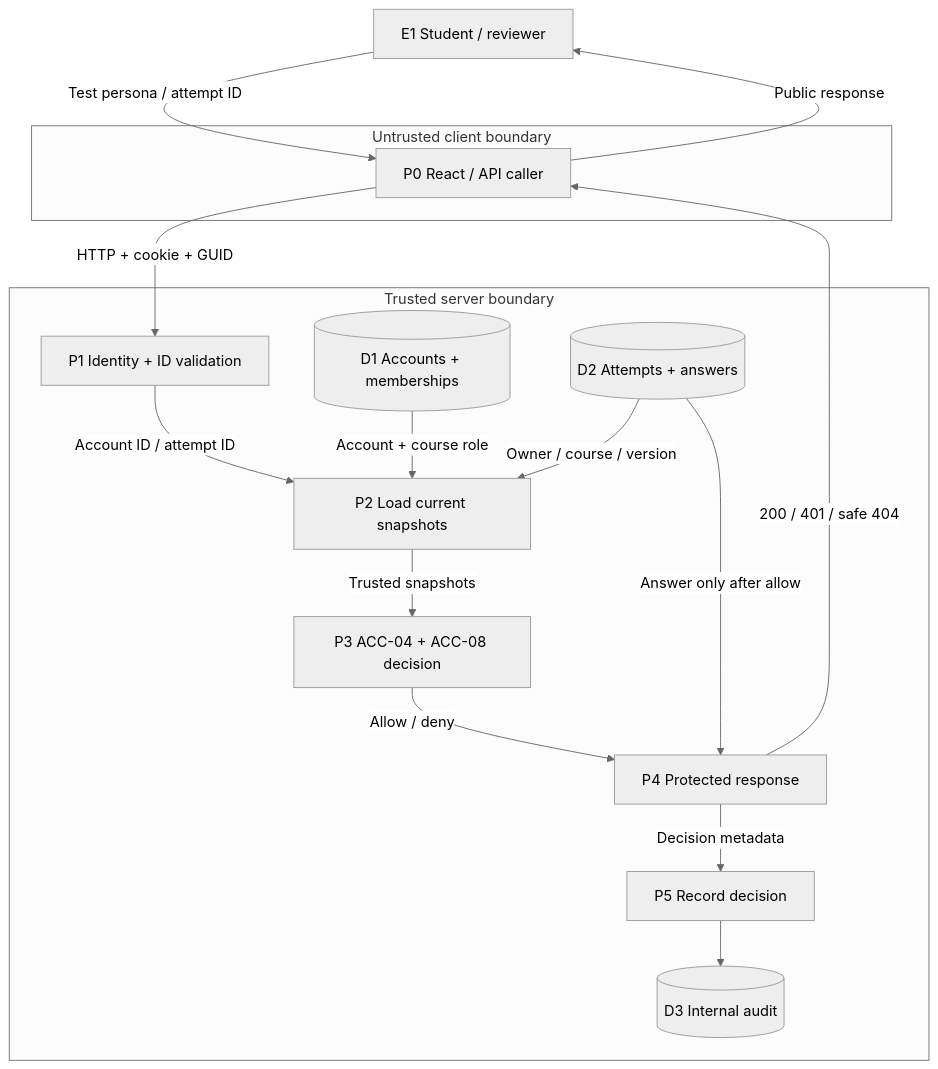
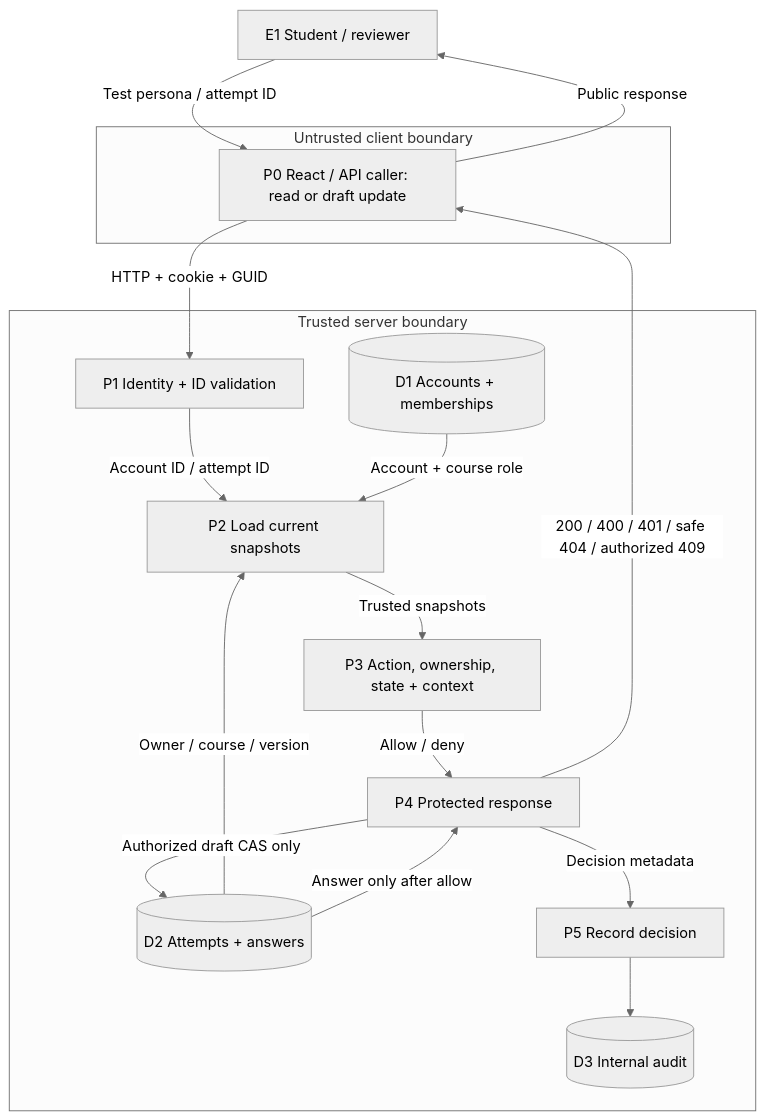
The second of 2 diagrams in docs/components/access/ACC-04.md (owlCoder/scutum), drawn with Mermaid (neutral theme) before and after one commit. The commit also changed other lines of this file and 39 other files, not shown here.

First line of the commit message:
ACC-04 / ACC-08: implement KT1 draft updates and tests (#21)

````diff
--- a/docs/components/access/ACC-04.md
+++ b/docs/components/access/ACC-04.md
@@ -54,29 +54,30 @@
 ```mermaid
 flowchart TB
   A["E1 Student / reviewer"]
   subgraph Client["Untrusted client boundary"]
-    P0["P0 React / API caller"]
+    P0["P0 React / API caller: read or draft update"]
   end
   subgraph Server["Trusted server boundary"]
     P1["P1 Identity + ID validation"]
     P2["P2 Load current snapshots"]
     D1[("D1 Accounts + memberships")]
     D2[("D2 Attempts + answers")]
-    P3["P3 ACC-04 + ACC-08 decision"]
+    P3["P3 Action, ownership, state + context"]
     P4["P4 Protected response"]
     P5["P5 Record decision"]
     D3[("D3 Internal audit")]
     P1 -->|"Account ID / attempt ID"| P2
     D1 -->|"Account + course role"| P2
     D2 -->|"Owner / course / version"| P2
     P2 -->|"Trusted snapshots"| P3
     P3 -->|"Allow / deny"| P4
     D2 -->|"Answer only after allow"| P4
+    P4 -->|"Authorized draft CAS only"| D2
     P4 -->|"Decision metadata"| P5
     P5 --> D3
   end
   A -->|"Test persona / attempt ID"| P0
   P0 -->|"HTTP + cookie + GUID"| P1
-  P4 -->|"200 / 401 / safe 404"| P0
+  P4 -->|"200 / 400 / 401 / safe 404 / authorized 409"| P0
   P0 -->|"Public response"| A
 ```
````
